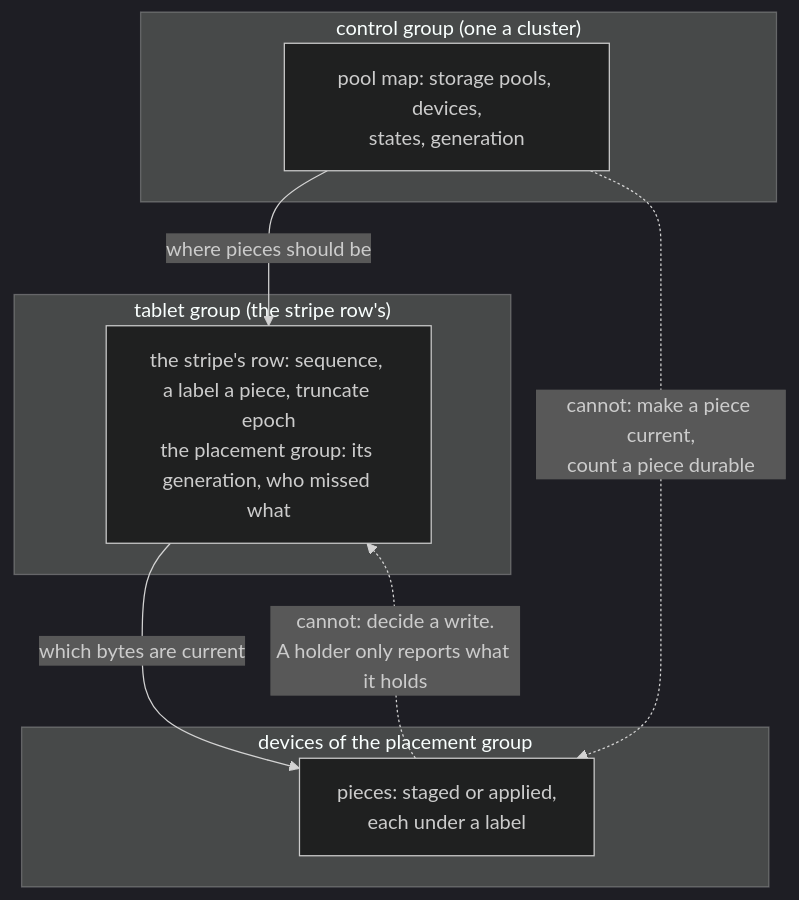
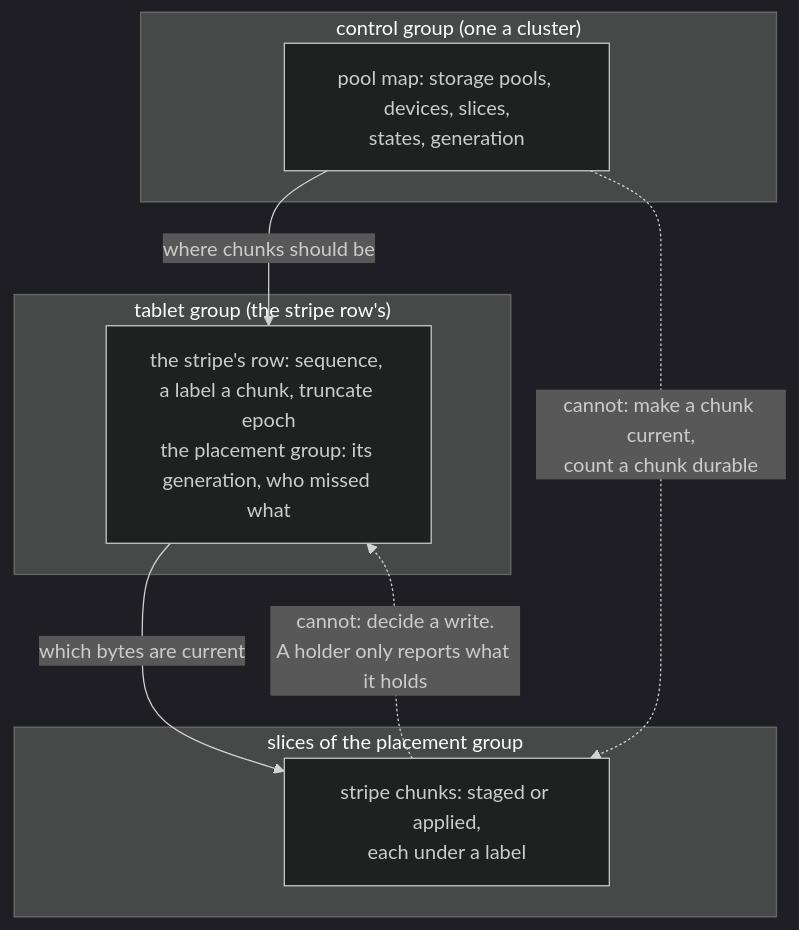
Before and after one commit to mjcarson/shoal: the diagram in docs/src/object-storage/contract.md, drawn with Mermaid (dark theme). The commit also changed other lines of this file and 78 other files, not shown here.

````diff
--- a/docs/src/object-storage/contract.md
+++ b/docs/src/object-storage/contract.md
@@ -85,16 +87,16 @@
 ```mermaid
 flowchart TB
     subgraph control["control group (one a cluster)"]
-        pm["pool map: storage pools, devices,<br/>states, generation"]
+        pm["pool map: storage pools, devices, slices,<br/>states, generation"]
     end
     subgraph meta["tablet group (the stripe row's)"]
-        row["the stripe's row: sequence, a label a piece, truncate epoch<br/>the placement group: its generation, who missed what"]
+        row["the stripe's row: sequence, a label a chunk, truncate epoch<br/>the placement group: its generation, who missed what"]
     end
-    subgraph devs["devices of the placement group"]
-        pc["pieces: staged or applied,<br/>each under a label"]
+    subgraph slices["slices of the placement group"]
+        pc["stripe chunks: staged or applied,<br/>each under a label"]
     end
-    pm -- "where pieces should be" --> row
+    pm -- "where chunks should be" --> row
     row -- "which bytes are current" --> pc
-    pm -. "cannot: make a piece current,<br/>count a piece durable" .-> pc
+    pm -. "cannot: make a chunk current,<br/>count a chunk durable" .-> pc
     pc -. "cannot: decide a write.<br/>A holder only reports what it holds" .-> row
 ```
````
